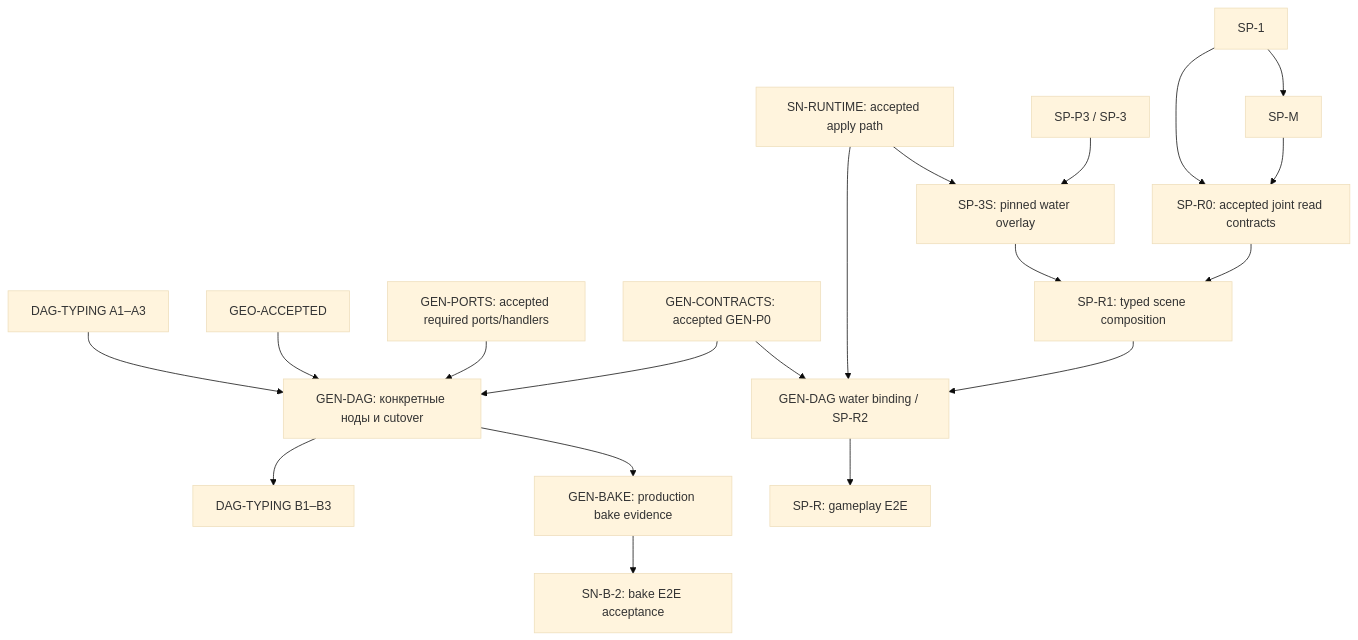
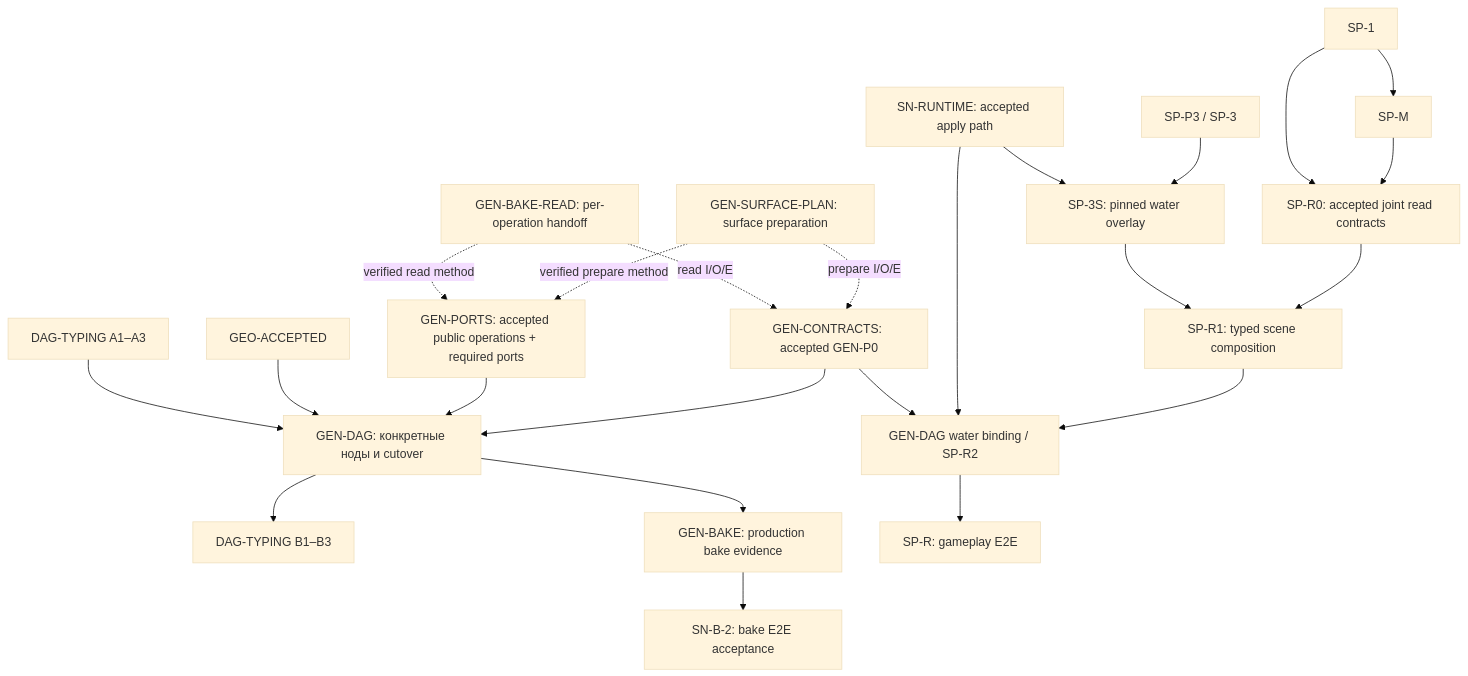
The second of 6 diagrams in .cursor/plans/world-generation-plan-dependency-graph.md (AndrewBondaren/AI-Project), drawn with Mermaid (base theme) before and after one commit. The commit also changed other lines of this file and 3 other files, not shown here.

Commit message:
docs: link generator public domain plans to world plan graph

````diff
--- a/.cursor/plans/world-generation-plan-dependency-graph.md
+++ b/.cursor/plans/world-generation-plan-dependency-graph.md
@@ -105,21 +109,25 @@
 ```mermaid
 flowchart TD
     A["DAG-TYPING A1–A3"] --> GEN["GEN-DAG: конкретные ноды и cutover"]
     G["GEO-ACCEPTED"] --> GEN
-    GP["GEN-PORTS: accepted required ports/handlers"] --> GEN
+    GP["GEN-PORTS: accepted public operations + required ports"] --> GEN
     SN["SN-RUNTIME: accepted apply path"] --> S["SP-3S: pinned water overlay"]
     BASE["SP-P3 / SP-3"] --> S
     S --> R1["SP-R1: typed scene composition"]
     R0["SP-R0: accepted joint read contracts"] --> R1
     GEN --> B["DAG-TYPING B1–B3"]
     GEN --> GB["GEN-BAKE: production bake evidence"]
     GB --> SB["SN-B-2: bake E2E acceptance"]
     GC["GEN-CONTRACTS: accepted GEN-P0"] --> R2["GEN-DAG water binding / SP-R2"]
     GC --> GEN
+    GBR["GEN-BAKE-READ: per-operation handoff"] -. "read I/O/E" .-> GC
+    GBR -. "verified read method" .-> GP
+    GSP["GEN-SURFACE-PLAN: surface preparation"] -. "prepare I/O/E" .-> GC
+    GSP -. "verified prepare method" .-> GP
     SN --> R2
     S1["SP-1"] --> M["SP-M"]
     S1 --> R0
     M --> R0
     R1 --> R2
     R2 --> E["SP-R: gameplay E2E"]
 ```
````
